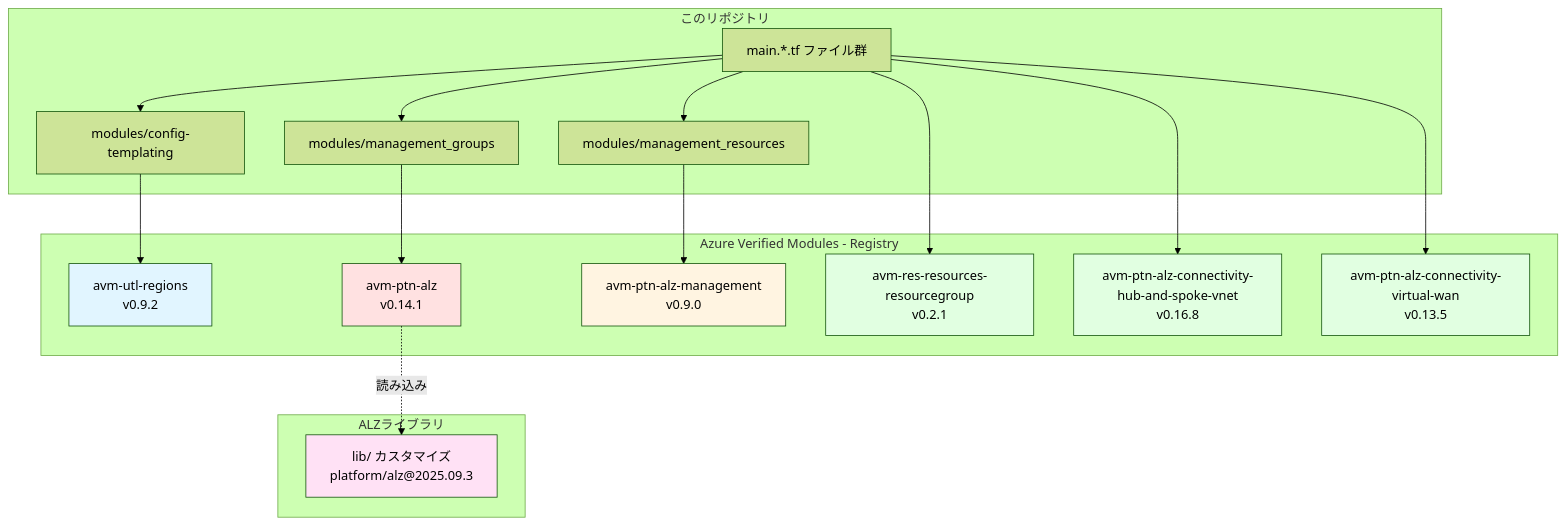
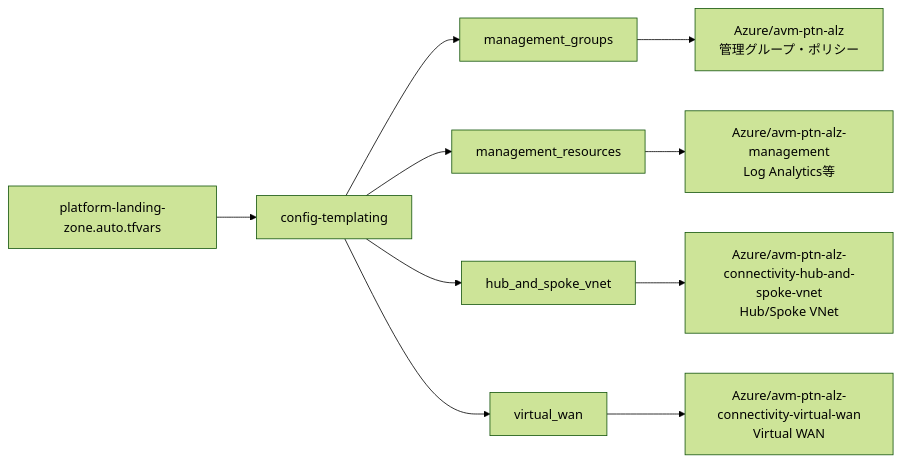
Before and after one commit to shuhei0720org01/alz-mgmt: the diagram in README.md, drawn with Mermaid (forest theme). The commit also changed other lines of this file and 1 other file, not shown here.

````diff
--- a/README.md
+++ b/README.md
@@ -924,43 +161,13 @@
 ```mermaid
-graph TD
-    subgraph "このリポジトリ"
-        MAIN[main.*.tf ファイル群]
-        LOCAL_CONFIG[modules/config-templating]
-        LOCAL_MG[modules/management_groups]
-        LOCAL_MGMT[modules/management_resources]
-    end
+graph LR
+    A[platform-landing-zone.auto.tfvars] --> B[config-templating]
+    B --> C[management_groups]
+    B --> D[management_resources]
+    B --> E[hub_and_spoke_vnet]
+    B --> F[virtual_wan]
     
-    subgraph "Azure Verified Modules - Registry"
-        AVM_REGIONS[avm-utl-regions<br/>v0.9.2]
-        AVM_ALZ[avm-ptn-alz<br/>v0.14.1]
-        AVM_MGMT[avm-ptn-alz-management<br/>v0.9.0]
-        AVM_RG[avm-res-resources-resourcegroup<br/>v0.2.1]
-        AVM_HUBSPOKE[avm-ptn-alz-connectivity-hub-and-spoke-vnet<br/>v0.16.8]
-        AVM_VWAN[avm-ptn-alz-connectivity-virtual-wan<br/>v0.13.5]
-    end
-    
-    subgraph "ALZライブラリ"
-        LIB[lib/ カスタマイズ<br/>platform/alz@2025.09.3]
-    end
-    
-    MAIN --> LOCAL_CONFIG
-    MAIN --> LOCAL_MG
-    MAIN --> LOCAL_MGMT
-    
-    LOCAL_CONFIG --> AVM_REGIONS
-    LOCAL_MG --> AVM_ALZ
-    LOCAL_MGMT --> AVM_MGMT
-    MAIN --> AVM_RG
-    MAIN --> AVM_HUBSPOKE
-    MAIN --> AVM_VWAN
-    
-    AVM_ALZ -.読み込み.-> LIB
-    
-    style AVM_REGIONS fill:#e1f5ff
-    style AVM_ALZ fill:#ffe1e1
-    style AVM_MGMT fill:#fff4e1
-    style AVM_RG fill:#e1ffe1
-    style AVM_HUBSPOKE fill:#e1ffe1
-    style AVM_VWAN fill:#e1ffe1
-    style LIB fill:#ffe1f5
+    C --> G[Azure/avm-ptn-alz<br/>管理グループ・ポリシー]
+    D --> H[Azure/avm-ptn-alz-management<br/>Log Analytics等]
+    E --> I[Azure/avm-ptn-alz-connectivity-hub-and-spoke-vnet<br/>Hub/Spoke VNet]
+    F --> J[Azure/avm-ptn-alz-connectivity-virtual-wan<br/>Virtual WAN]
 ```
````
